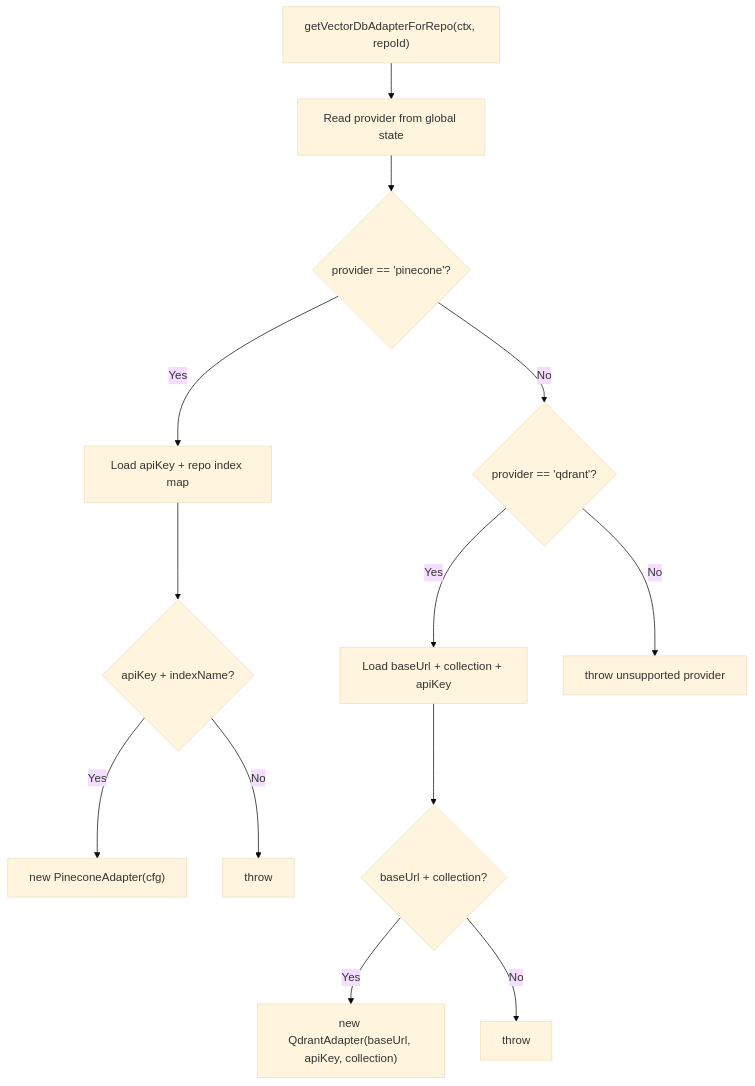
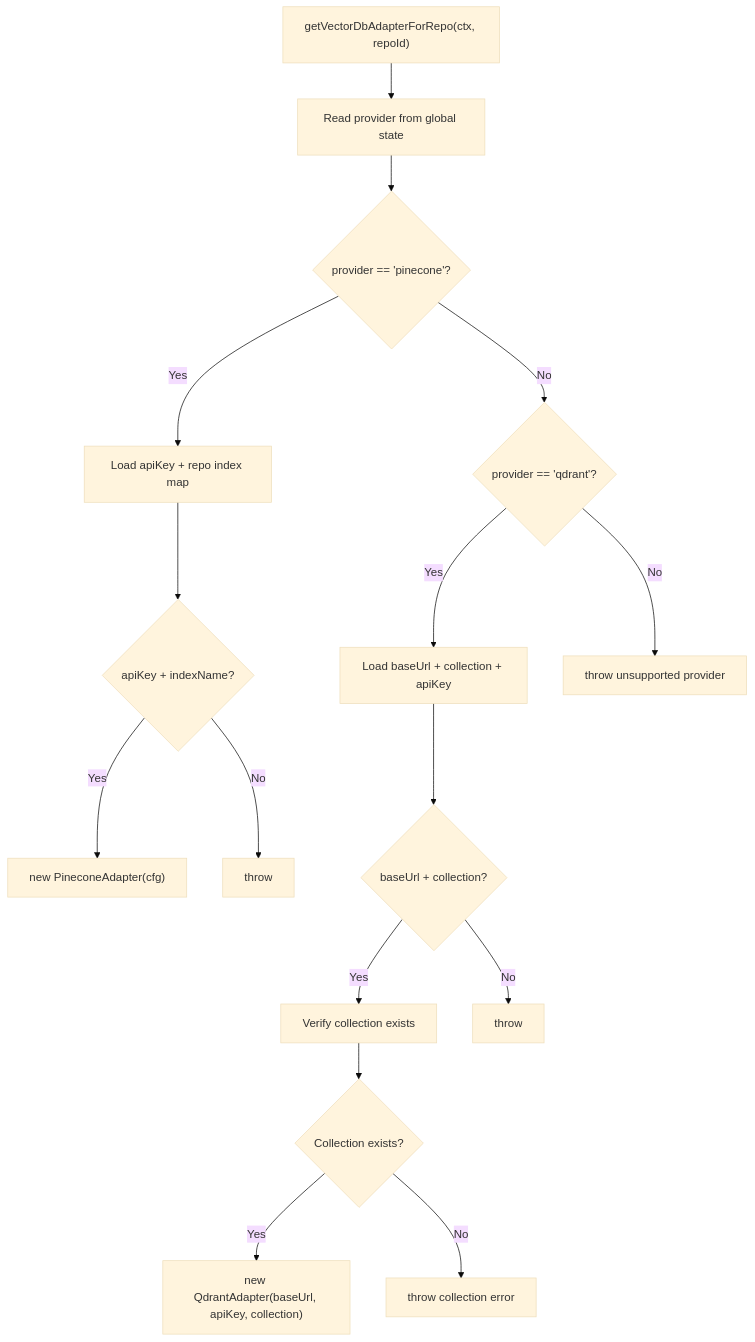
One commit to bramburn/repomix-runner changed the sixth of 10 diagrams in .qoder/repowiki/en/content/Indexing and Search System/Vector Database Adapters.md. Above: the diagram before and after it, drawn with Mermaid (base theme). The commit also changed other lines of this file and 14 other files, not shown here.

````diff
--- a/.qoder/repowiki/en/content/Indexing and Search System/Vector Database Adapters.md
+++ b/.qoder/repowiki/en/content/Indexing and Search System/Vector Database Adapters.md
@@ -262,15 +279,18 @@
 ```mermaid
 flowchart TD
 A["getVectorDbAdapterForRepo(ctx, repoId)"] --> ReadProv["Read provider from global state"]
 ReadProv --> IsPinecone{"provider == 'pinecone'?"}
 IsPinecone --> |Yes| PC["Load apiKey + repo index map"]
 PC --> PCValid{"apiKey + indexName?"}
 PCValid --> |Yes| MakePC["new PineconeAdapter(cfg)"]
 PCValid --> |No| ErrPC["throw"]
 IsPinecone --> |No| IsQdrant{"provider == 'qdrant'?"}
 IsQdrant --> |Yes| QCfg["Load baseUrl + collection + apiKey"]
 QCfg --> QValid{"baseUrl + collection?"}
-QValid --> |Yes| MakeQ["new QdrantAdapter(baseUrl, apiKey, collection)"]
+QValid --> |Yes| VerifyColl["Verify collection exists"]
+VerifyColl --> CollOK{"Collection exists?"}
+CollOK --> |Yes| MakeQ["new QdrantAdapter(baseUrl, apiKey, collection)"]
+CollOK --> |No| CollErr["throw collection error"]
 QValid --> |No| ErrQ["throw"]
 IsQdrant --> |No| ErrProv["throw unsupported provider"]
 ```
````
